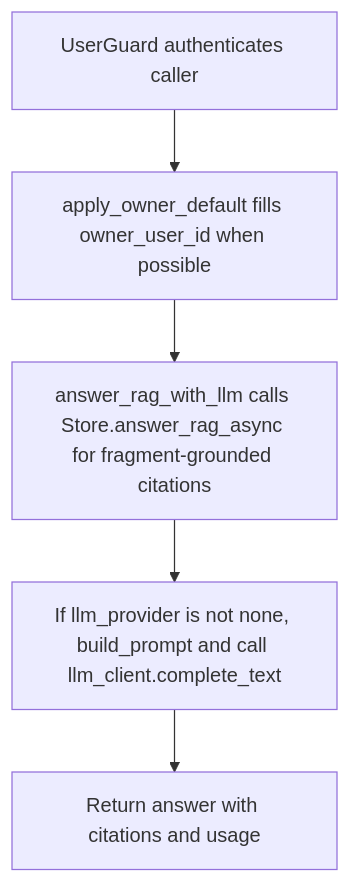
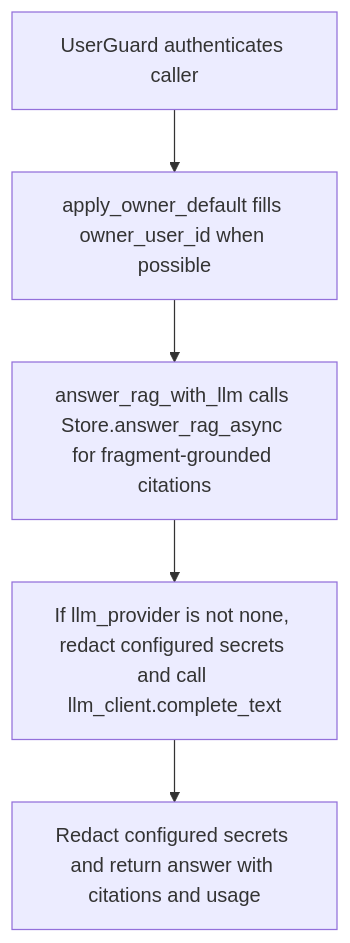
One commit to dickwu/nowledge changed the diagram in doc/api/post_v1_rag_answer.md. Above: the diagram before and after it, drawn with Mermaid. The commit also changed other lines of this file and 46 other files, not shown here.

````diff
--- a/doc/api/post_v1_rag_answer.md
+++ b/doc/api/post_v1_rag_answer.md
@@ -91,12 +91,12 @@
 ```mermaid
 flowchart TD
   n0["UserGuard authenticates caller"]
   n1["apply_owner_default fills owner_user_id when possible"]
   n2["answer_rag_with_llm calls Store.answer_rag_async for fragment-grounded citations"]
-  n3["If llm_provider is not none, build_prompt and call llm_client.complete_text"]
-  n4["Return answer with citations and usage"]
+  n3["If llm_provider is not none, redact configured secrets and call llm_client.complete_text"]
+  n4["Redact configured secrets and return answer with citations and usage"]
   n0 --> n1
   n1 --> n2
   n2 --> n3
   n3 --> n4
 ```
````
